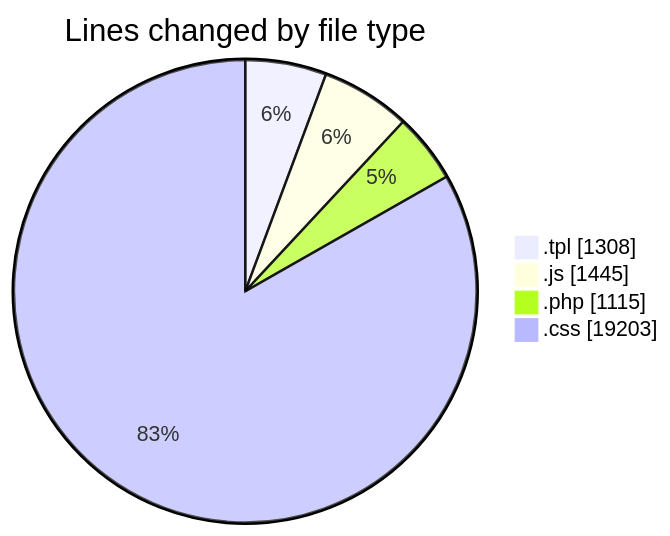
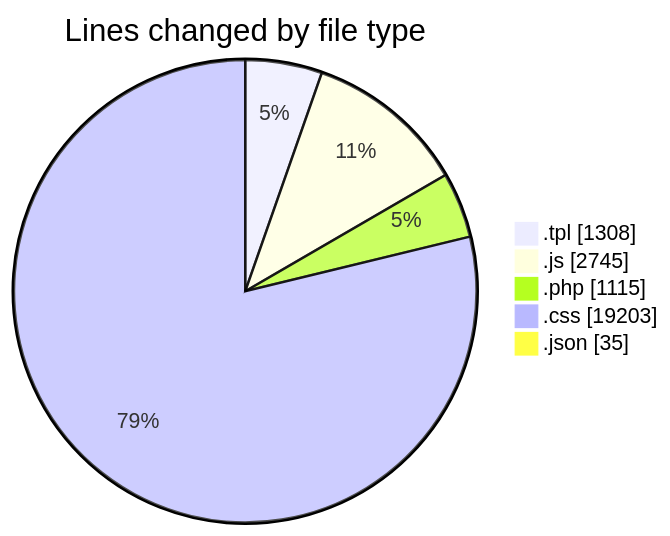
Before and after one commit to vahidmafi/code-tracking: the first of 2 diagrams in 2025-03-24/zeytoon/README.md, drawn with Mermaid. The commit also changed other lines of this file and 1 other file, not shown here.

````diff
--- a/2025-03-24/zeytoon/README.md
+++ b/2025-03-24/zeytoon/README.md
@@ -24,8 +26,9 @@
 ```mermaid
 pie showData
 title Lines changed by file type
 ".tpl" : 1308
-".js" : 1445
+".js" : 2745
 ".php" : 1115
 ".css" : 19203
+".json" : 35
 ```
````
